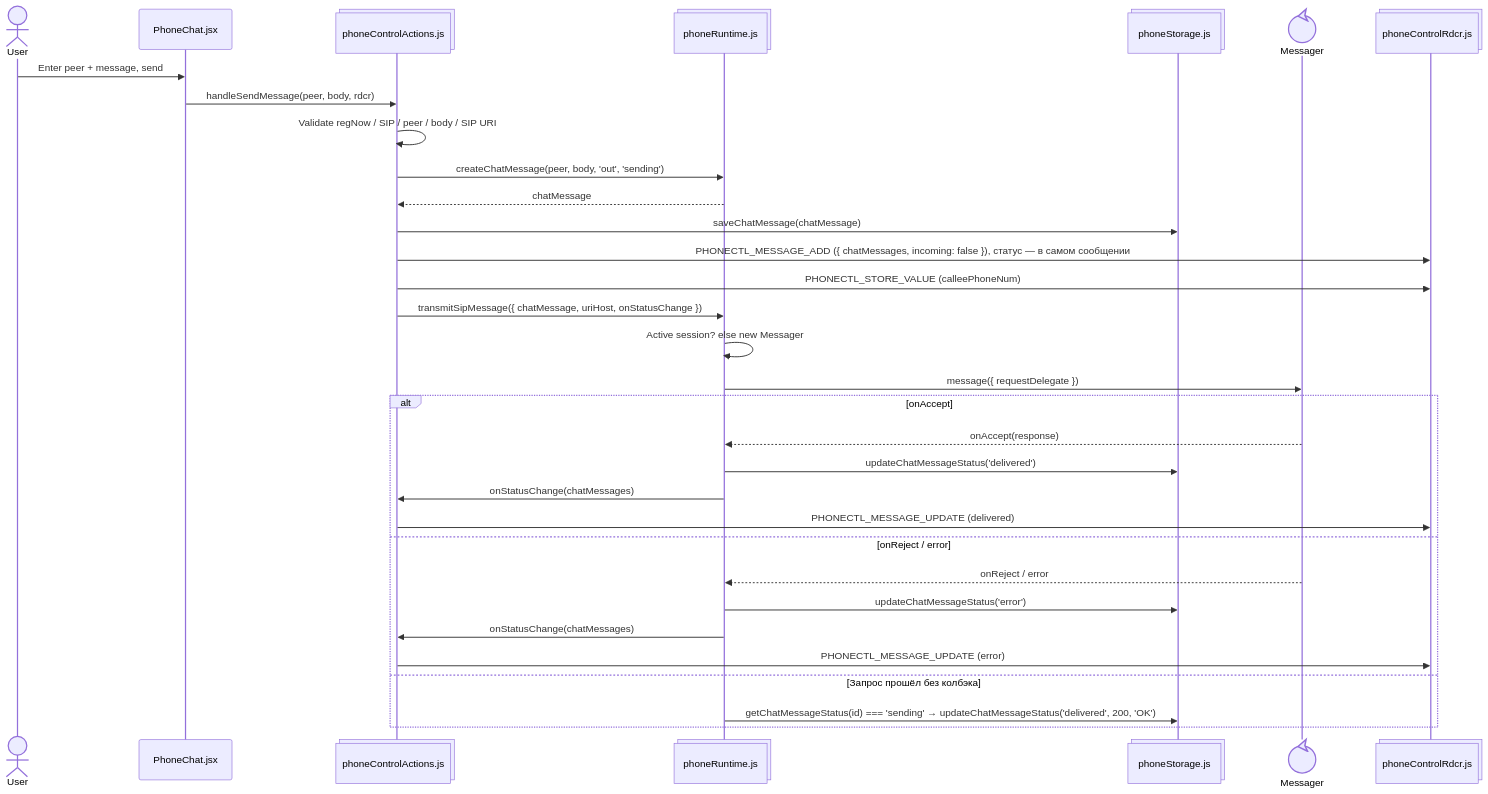
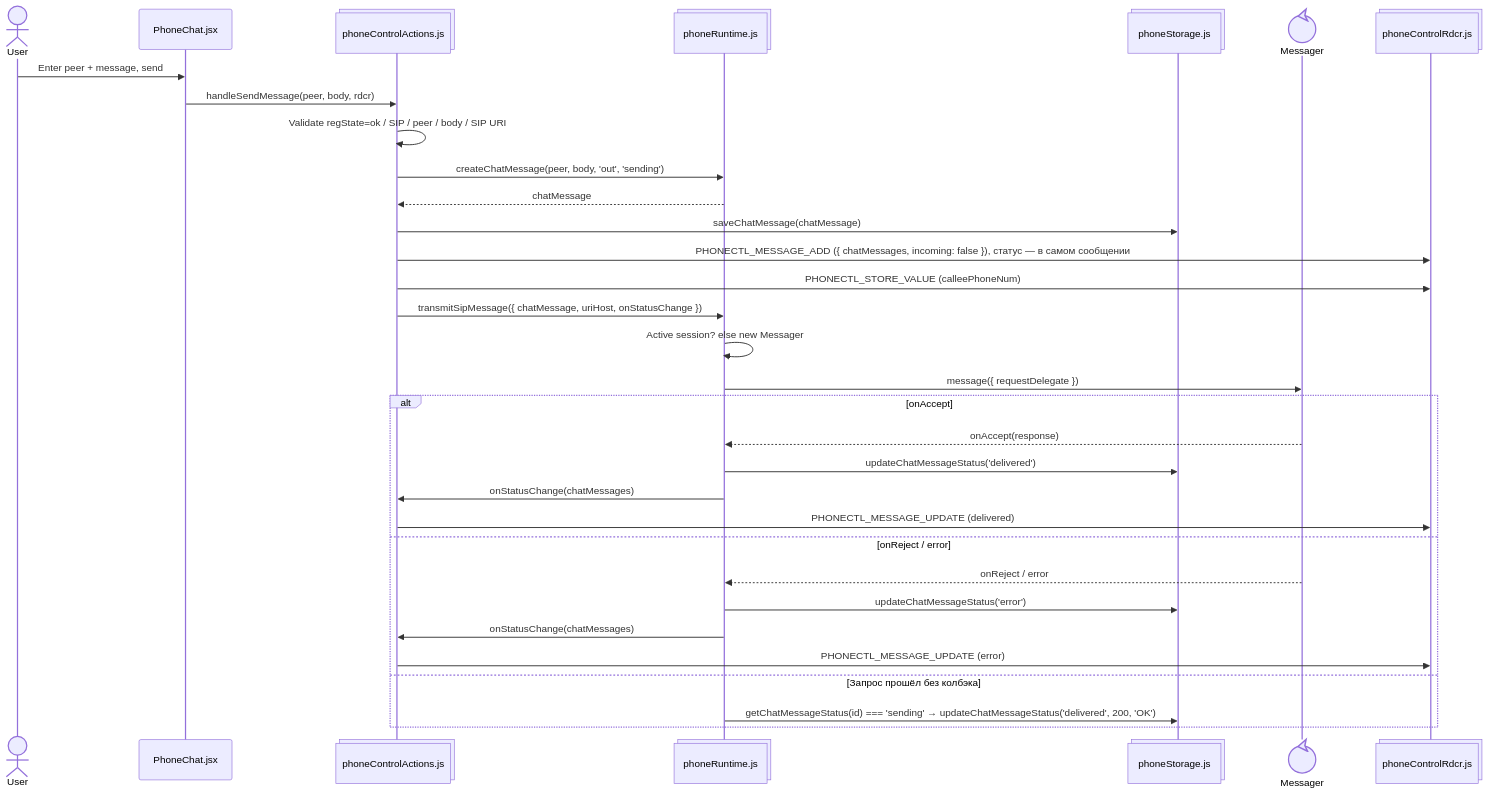
The eighth of 9 diagrams in docs/STATE.md (ars-anosov/sipjs-react), drawn with Mermaid before and after one commit. The commit also changed other lines of this file and 24 other files, not shown here.

````diff
--- a/docs/STATE.md
+++ b/docs/STATE.md
@@ -317,35 +322,35 @@
 ```mermaid
 sequenceDiagram
   actor User
   participant PhoneChat@{ "type" : "participant", "alias": "PhoneChat.jsx" }
   participant Action@{ "type" : "collections", "alias": "phoneControlActions.js" }
   participant Runtime@{ "type" : "collections", "alias": "phoneRuntime.js" }
   participant Storage@{ "type" : "collections", "alias": "phoneStorage.js" }
   participant Messager@{ "type" : "control" }
   participant Dispatch@{ "type" : "collections", "alias": "phoneControlRdcr.js" }
 
   User->>PhoneChat: Enter peer + message, send
   PhoneChat->>Action: handleSendMessage(peer, body, rdcr)
-  Action->>Action: Validate regNow / SIP / peer / body / SIP URI
+  Action->>Action: Validate regState=ok / SIP / peer / body / SIP URI
   Action->>Runtime: createChatMessage(peer, body, 'out', 'sending')
   Runtime-->>Action: chatMessage
   Action->>Storage: saveChatMessage(chatMessage)
   Action->>Dispatch: PHONECTL_MESSAGE_ADD ({ chatMessages, incoming: false }), статус — в самом сообщении
   Action->>Dispatch: PHONECTL_STORE_VALUE (calleePhoneNum)
   Action->>Runtime: transmitSipMessage({ chatMessage, uriHost, onStatusChange })
   Runtime->>Runtime: Active session? else new Messager
   Runtime->>Messager: message({ requestDelegate })
   alt onAccept
     Messager-->>Runtime: onAccept(response)
     Runtime->>Storage: updateChatMessageStatus('delivered')
     Runtime->>Action: onStatusChange(chatMessages)
     Action->>Dispatch: PHONECTL_MESSAGE_UPDATE (delivered)
   else onReject / error
     Messager-->>Runtime: onReject / error
     Runtime->>Storage: updateChatMessageStatus('error')
     Runtime->>Action: onStatusChange(chatMessages)
     Action->>Dispatch: PHONECTL_MESSAGE_UPDATE (error)
   else Запрос прошёл без колбэка
     Runtime->>Storage: getChatMessageStatus(id) === 'sending' → updateChatMessageStatus('delivered', 200, 'OK')
   end
 ```
````
